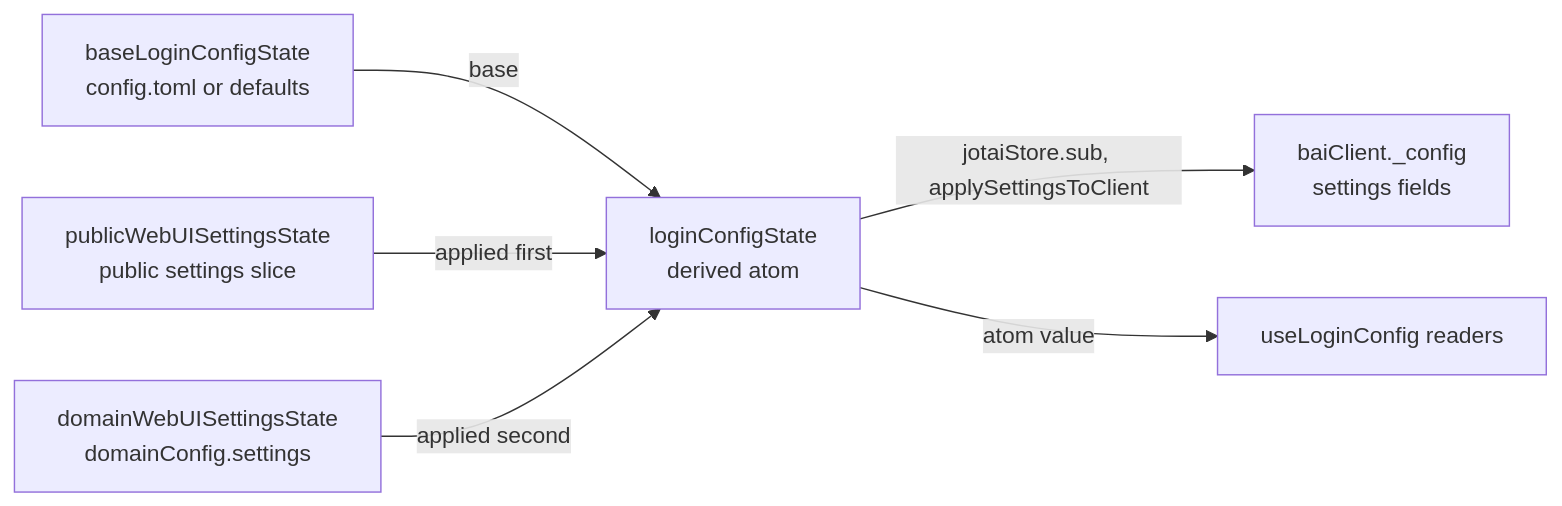
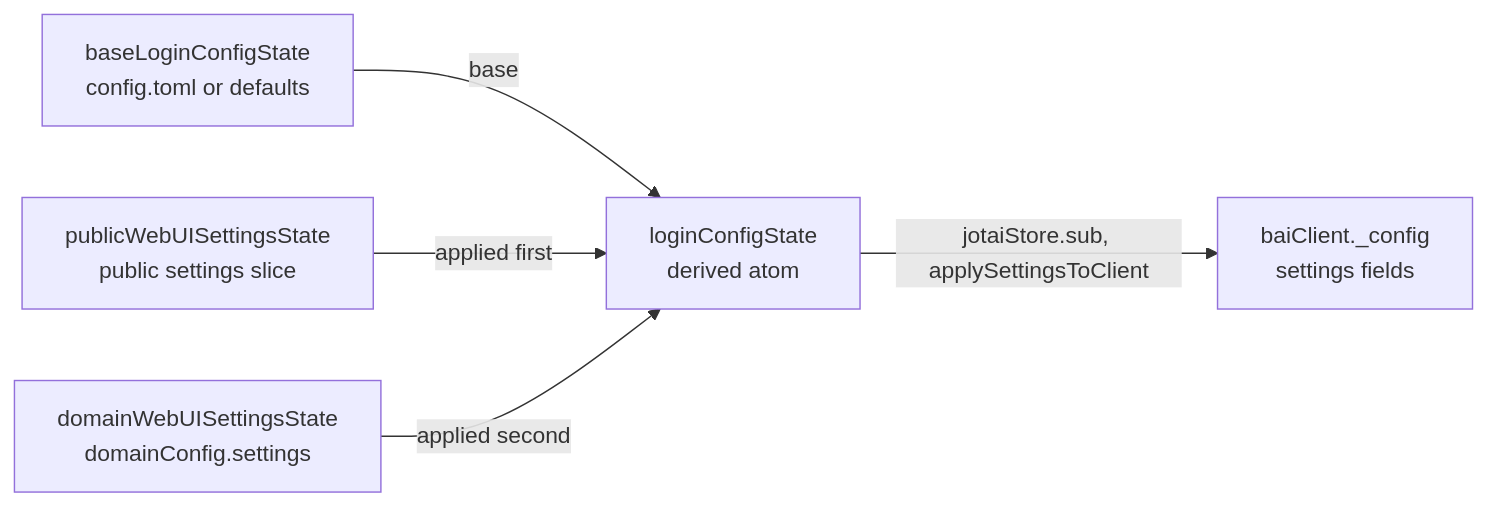
Before and after one commit to lablup/backend.ai-webui: the second of 2 diagrams in docs/adr/0033-scoped-and-merged-app-config-hooks.md, drawn with Mermaid. The commit also changed other lines of this file and 5 other files, not shown here.

First line of the commit message:
docs(#11146): rewrite ADR 0033 for the sign-in app config atom

````diff
--- a/docs/adr/0033-scoped-and-merged-app-config-hooks.md
+++ b/docs/adr/0033-scoped-and-merged-app-config-hooks.md
@@ -49,14 +43,12 @@
 ```mermaid
 flowchart LR
   base["baseLoginConfigState<br/>config.toml or defaults"]
   pub["publicWebUISettingsState<br/>public settings slice"]
   dom["domainWebUISettingsState<br/>domainConfig.settings"]
   eff["loginConfigState<br/>derived atom"]
   client["baiClient._config<br/>settings fields"]
-  readers["useLoginConfig readers"]
   base -- "base" --> eff
   pub -- "applied first" --> eff
   dom -- "applied second" --> eff
   eff -- "jotaiStore.sub, applySettingsToClient" --> client
-  eff -- "atom value" --> readers
 ```
````
